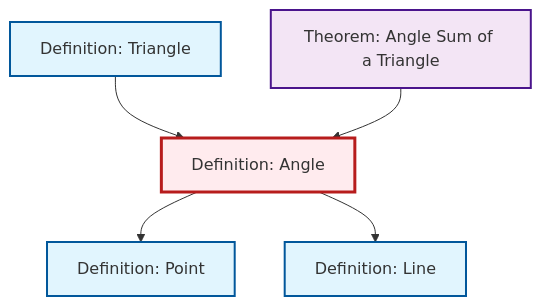
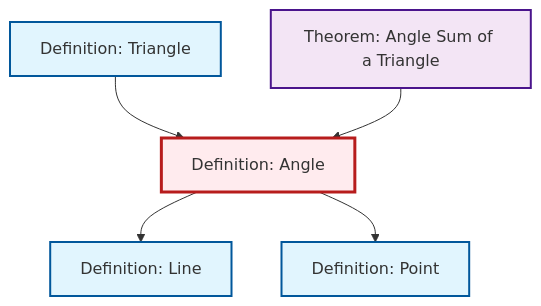
The diagram in content/ja/geometry/def-angle.qmd (RK0429/ModernMath), drawn with Mermaid before and after one commit. The commit also changed other lines of this file and 417 other files, not shown here.

````diff
--- a/content/ja/geometry/def-angle.qmd
+++ b/content/ja/geometry/def-angle.qmd
@@ -50,23 +50,23 @@
 ```{mermaid}
 %%| fig-cap: "Local dependency graph"
 graph TD
     classDef definition fill:#e1f5fe,stroke:#01579b,stroke-width:2px
     classDef theorem fill:#f3e5f5,stroke:#4a148c,stroke-width:2px
     classDef axiom fill:#fff3e0,stroke:#e65100,stroke-width:2px
     classDef example fill:#e8f5e9,stroke:#1b5e20,stroke-width:2px
     classDef current fill:#ffebee,stroke:#b71c1c,stroke-width:3px
+    def-point["Definition: Point"]:::definition
     thm-angle-sum-triangle["Theorem: Angle Sum of a Triangle"]:::theorem
-    def-point["Definition: Point"]:::definition
     def-triangle["Definition: Triangle"]:::definition
+    def-angle["Definition: Angle"]:::definition
     def-line["Definition: Line"]:::definition
-    def-angle["Definition: Angle"]:::definition
+    def-angle --> def-line
+    def-triangle --> def-angle
     def-angle --> def-point
-    def-triangle --> def-angle
     thm-angle-sum-triangle --> def-angle
-    def-angle --> def-line
     class def-angle current
+    click def-point "def-point.html" "Definition: Pointへ"
     click thm-angle-sum-triangle "thm-angle-sum-triangle.html" "Theorem: Angle Sum of a Triangleへ"
-    click def-point "def-point.html" "Definition: Pointへ"
     click def-triangle "def-triangle.html" "Definition: Triangleへ"
     click def-line "def-line.html" "Definition: Lineへ"
 ```
````
